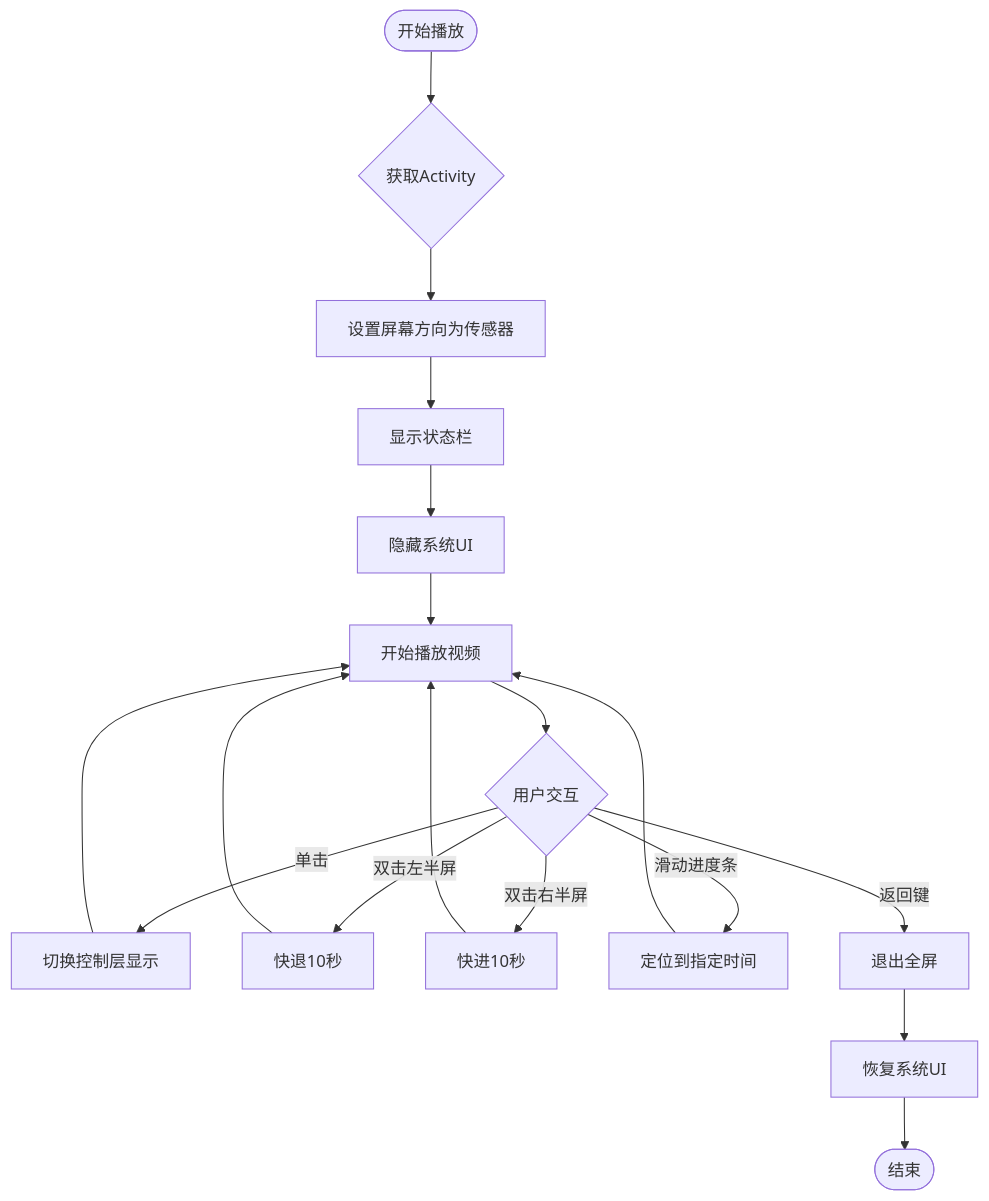
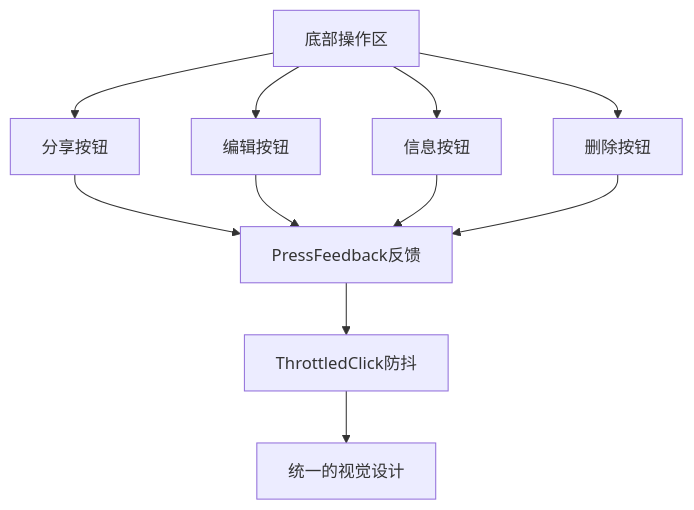
One commit to wanhongbo/ai-photo-vault changed the fourth of 9 diagrams in .qoder/repowiki/zh/content/项目概述/核心功能特性/视频播放系统.md. Above: the diagram before and after it, drawn with Mermaid. The commit also changed other lines of this file and 6 other files, not shown here.

````diff
--- a/.qoder/repowiki/zh/content/项目概述/核心功能特性/视频播放系统.md
+++ b/.qoder/repowiki/zh/content/项目概述/核心功能特性/视频播放系统.md
@@ -312,20 +277,13 @@
 ```mermaid
 flowchart TD
-Start([开始播放]) --> GetActivity{获取Activity}
-GetActivity --> SetOrientation[设置屏幕方向为传感器]
-SetOrientation --> ShowStatusBar[显示状态栏]
-ShowStatusBar --> HideSystemUI[隐藏系统UI]
-HideSystemUI --> PlayVideo[开始播放视频]
-PlayVideo --> UserInteraction{用户交互}
-UserInteraction --> |单击| ToggleControls[切换控制层显示]
-UserInteraction --> |双击左半屏| SeekBackward[快退10秒]
-UserInteraction --> |双击右半屏| SeekForward[快进10秒]
-UserInteraction --> |滑动进度条| SeekTo[定位到指定时间]
-ToggleControls --> PlayVideo
-SeekBackward --> PlayVideo
-SeekForward --> PlayVideo
-SeekTo --> PlayVideo
-UserInteraction --> |返回键| ExitFullscreen[退出全屏]
-ExitFullscreen --> RestoreSystemUI[恢复系统UI]
-RestoreSystemUI --> End([结束])
+A[底部操作区] --> B[分享按钮]
+A --> C[编辑按钮]
+A --> D[信息按钮]
+A --> E[删除按钮]
+B --> F[PressFeedback反馈]
+C --> F
+D --> F
+E --> F
+F --> G[ThrottledClick防抖]
+G --> H[统一的视觉设计]
 ```
````
